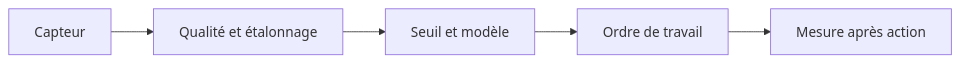
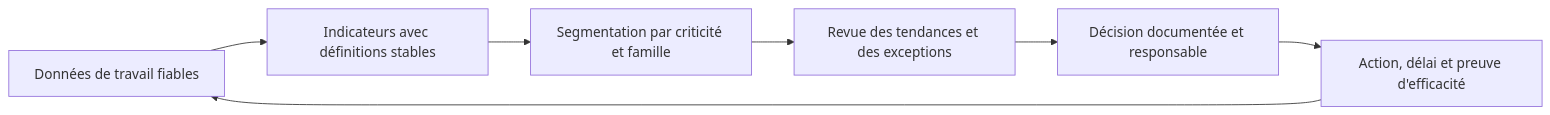
One commit to biggyseven/Skill-Tree changed the eighth of 12 diagrams in content/lessons/maint-strategie-expert.md. Above: the diagram before and after it, drawn with Mermaid. The commit also changed other lines of this file, not shown here.

```diff
--- a/content/lessons/maint-strategie-expert.md
+++ b/content/lessons/maint-strategie-expert.md
@@ -109,7 +158,9 @@
 ~~~mermaid
 flowchart LR
-  A[Capteur] --> B[Qualité et étalonnage]
-  B --> C[Seuil et modèle]
-  C --> D[Ordre de travail]
-  D --> E[Mesure après action]
+  A["Données de travail fiables"] --> B["Indicateurs avec définitions stables"]
+  B --> C["Segmentation par criticité et famille"]
+  C --> D["Revue des tendances et des exceptions"]
+  D --> E["Décision documentée et responsable"]
+  E --> F["Action, délai et preuve d'efficacité"]
+  F --> A
 ~~~
```
